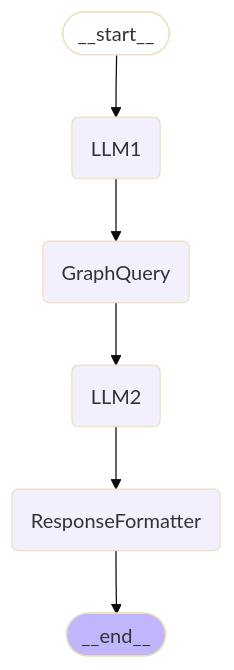
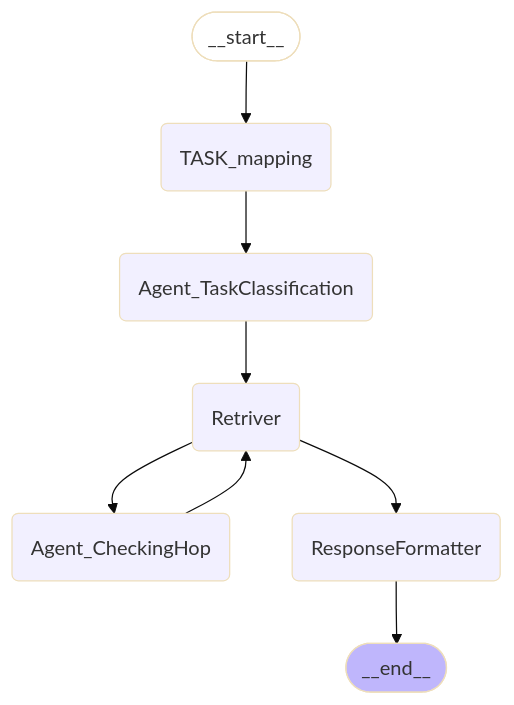
Before and after one commit to dibk100/workshop_cocktail-recommender: the diagram in graph_viz/mermaid_code.mmd, drawn with Mermaid (base theme). The commit also changed 4 other files, not shown here.

```diff
--- a/graph_viz/mermaid_code.mmd
+++ b/graph_viz/mermaid_code.mmd
@@ -1,15 +1,18 @@
 graph TD;
 	__start__([<p>__start__</p>]):::first
-	LLM1(LLM1)
-	GraphQuery(GraphQuery)
-	LLM2(LLM2)
+	TASK_mapping(TASK_mapping)
+	Agent_TaskClassification(Agent_TaskClassification)
+	Retriver(Retriver)
+	Agent_CheckingHop(Agent_CheckingHop)
 	ResponseFormatter(ResponseFormatter)
 	__end__([<p>__end__</p>]):::last
-	GraphQuery --> LLM2;
-	LLM1 --> GraphQuery;
-	LLM2 --> ResponseFormatter;
-	__start__ --> LLM1;
+	Agent_CheckingHop --> Retriver;
+	Agent_TaskClassification --> Retriver;
+	Retriver --> Agent_CheckingHop;
+	Retriver --> ResponseFormatter;
+	TASK_mapping --> Agent_TaskClassification;
+	__start__ --> TASK_mapping;
 	ResponseFormatter --> __end__;
-	classDef default fill:#f2f0ff,line-height:1.2
+	classDef default fill:#f2f0ff,line-height:1.2`
 	classDef first fill-opacity:0
 	classDef last fill:#bfb6fc
```
